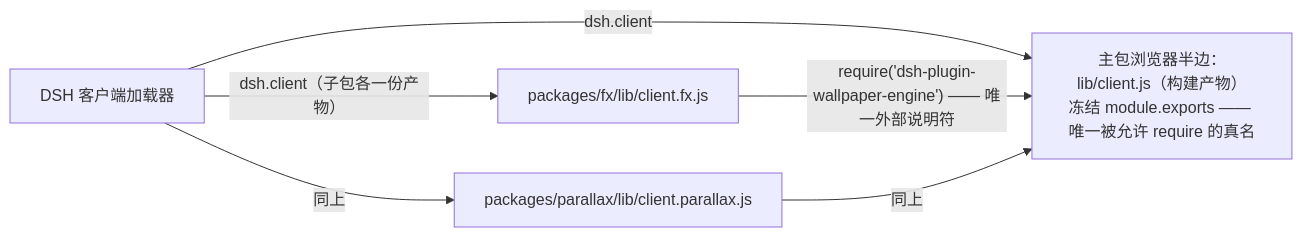
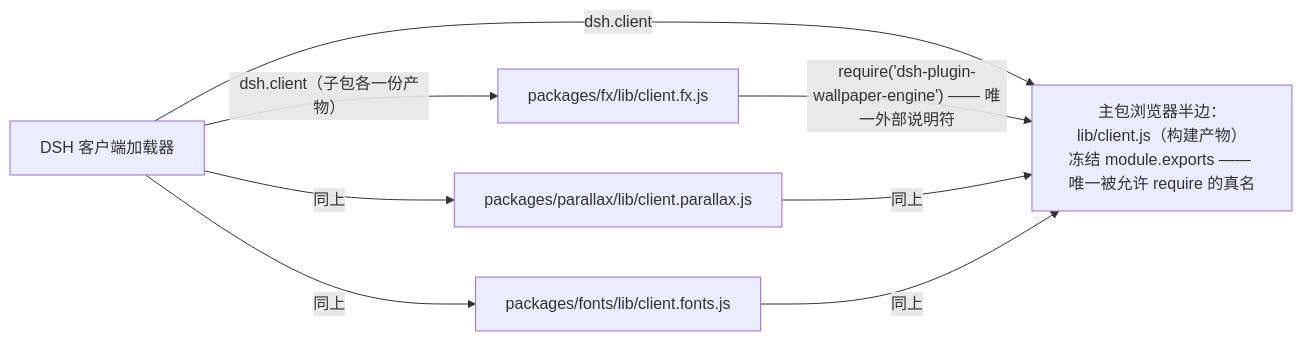
One commit to AuroraAeon/dsh-wallpaper-engine changed the third of 3 diagrams in docs/SUBPACKAGE-GRAPH.md. Above: the diagram before and after it, drawn with Mermaid. The commit also changed other lines of this file and 38 other files, not shown here.

````diff
--- a/docs/SUBPACKAGE-GRAPH.md
+++ b/docs/SUBPACKAGE-GRAPH.md
@@ -83,10 +83,12 @@
 ```mermaid
 graph LR
   LOADER["DSH 客户端加载器"]
   MAINB["主包浏览器半边：lib/client.js（构建产物）<br/>冻结 module.exports —— 唯一被允许 require 的真名"]
   LOADER -->|"dsh.client"| MAINB
   LOADER -->|"dsh.client（子包各一份产物）"| FB["packages/fx/lib/client.fx.js"]
   LOADER -->|"同上"| PB["packages/parallax/lib/client.parallax.js"]
+  LOADER -->|"同上"| FT["packages/fonts/lib/client.fonts.js"]
   FB -->|"require('dsh-plugin-wallpaper-engine') —— 唯一外部说明符"| MAINB
   PB -->|"同上"| MAINB
+  FT -->|"同上"| MAINB
 ```
````
